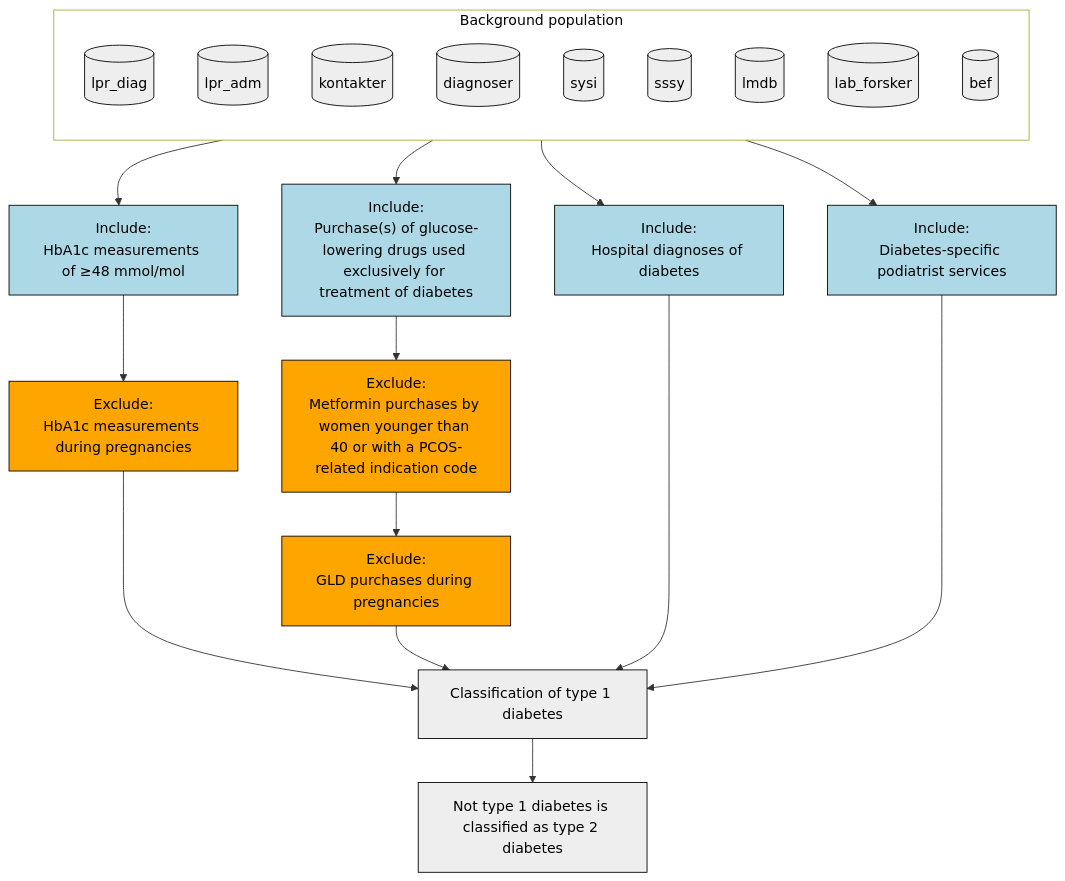
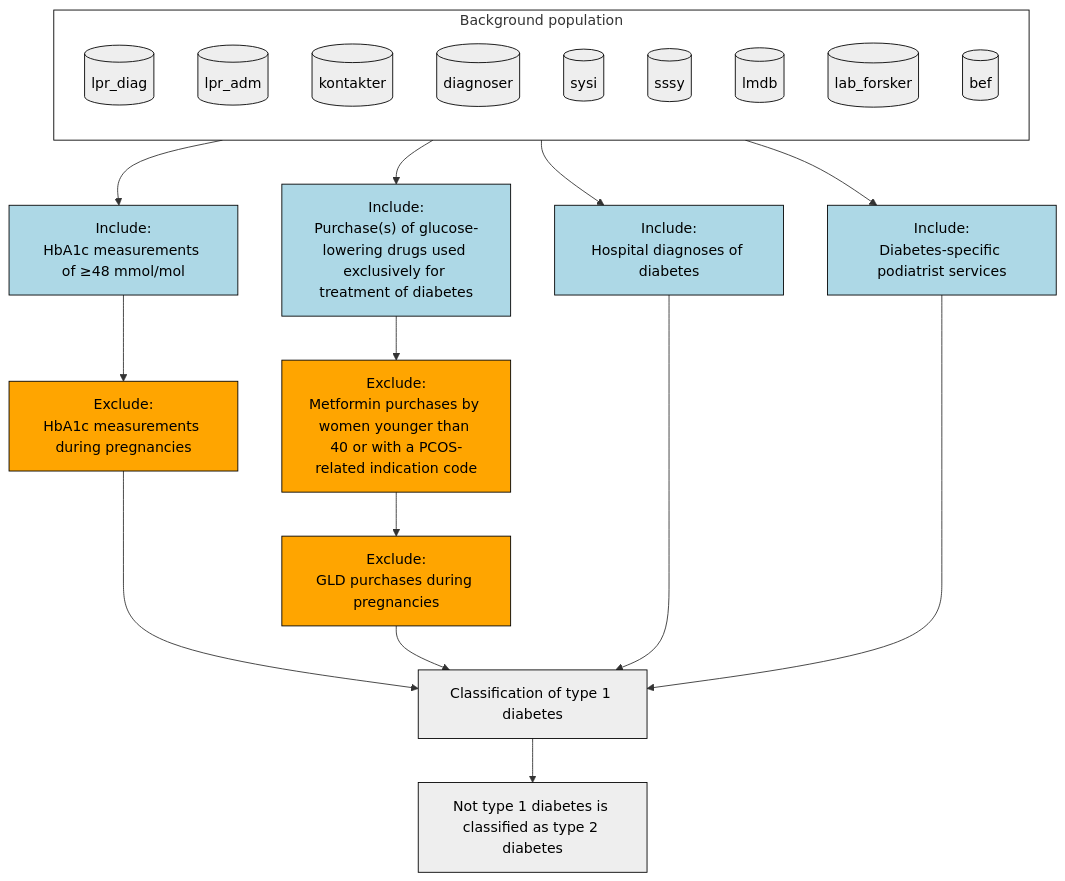
One commit to steno-aarhus/osdc changed the diagram in vignettes/images/overview-flow.mmd. Above: the diagram before and after it, drawn with Mermaid. The commit also changed 1 other file, not shown here.

Commit message:
docs: 📝 change outline colour to black in overview flow (#461)
## Description

Needs no review.

```diff
--- a/vignettes/images/overview-flow.mmd
+++ b/vignettes/images/overview-flow.mmd
@@ -1,42 +1,42 @@
 flowchart TB
   subgraph background_population["Background population"]
     direction TB
     lpr_diag[("lpr_diag")]
     lpr_adm[("lpr_adm")]
     kontakter[("kontakter")]
     diagnoser[("diagnoser")]
     sysi[("sysi")]
     sssy[("sssy")]
     lmdb[("lmdb")]
     lab_forsker[("lab_forsker")]
     bef[("bef")]
   end
 
     background_population --> diabetes_diagnoses["Include:<br>Hospital diagnoses of diabetes"]:::include
     background_population --> hba1c["Include:<br>HbA1c measurements of ≥48 mmol/mol"]:::include
 
     hba1c --> drop_pregnancies_hba1c["Exclude:<br>HbA1c measurements during pregnancies"]:::exclude
 
     background_population --> gld["Include:<br>Purchase(s) of glucose-lowering drugs used exclusively for treatment of diabetes"]:::include
     gld --> drop_pcos["Exclude:<br>Metformin purchases by women younger than 40 or with a PCOS-related indication code"]:::exclude
     drop_pcos --> drop_pregnancies_gld["Exclude:<br>GLD purchases during pregnancies"]:::exclude
     
     background_population --> podiatrist_services["Include:<br>Diabetes-specific podiatrist services"]:::include
 
     %% Join in classify
     drop_pregnancies_hba1c --> classify_t1d["Classification of type 1 diabetes"]
     drop_pregnancies_gld --> classify_t1d
     diabetes_diagnoses --> classify_t1d
     podiatrist_services --> classify_t1d
 
     classify_t1d --> classify_t2d["Not type 1 diabetes is classified as type 2 diabetes"]
 
     background_population ~~~ diabetes_diagnoses
     background_population ~~~ podiatrist_services
     background_population ~~~ hba1c
 
   %% Styling
   classDef default fill:#EEEEEE, color:#000000, stroke:#000000
   classDef include fill:lightblue
   classDef exclude fill:orange
-  style background_population fill:#FFFFFF, color:#000000
+  style background_population fill:#FFFFFF, stroke:#000000
```
